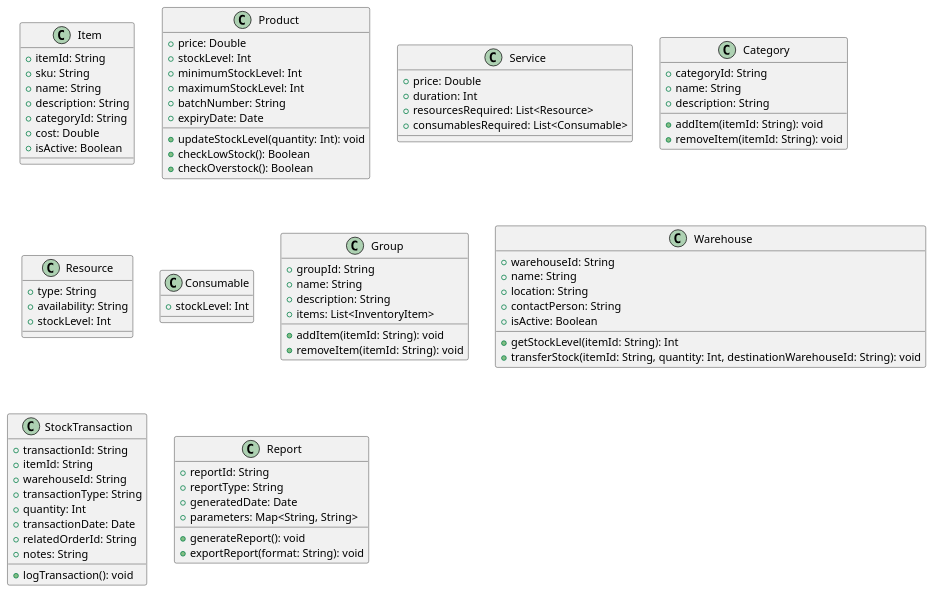
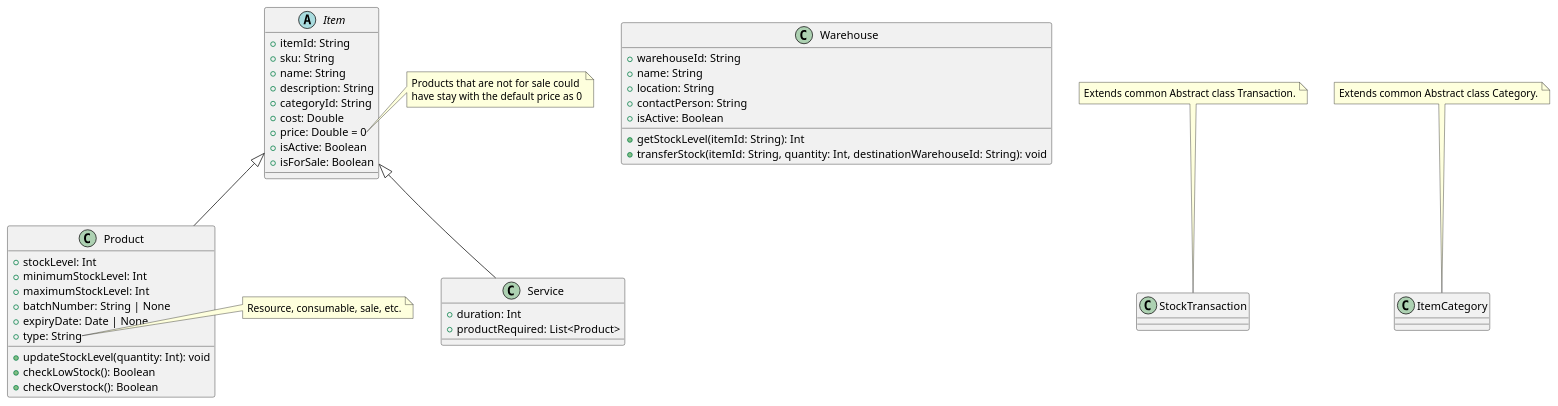
Before and after one commit to ines-erp/knowledgebase: the diagram in Diagrams/2 - Classes/Inventory and Service Management/Inventory.puml, drawn with PlantUML. The commit also changed 4 other files, not shown here.

Commit message:
Simple version of diagrams

```diff
--- a/Diagrams/2 - Classes/Inventory and Service Management/Inventory.puml
+++ b/Diagrams/2 - Classes/Inventory and Service Management/Inventory.puml
@@ -1,113 +1,60 @@
 @startuml
 
 ' Define classes
-class Item {
+abstract class Item {
   + itemId: String
   + sku: String
   + name: String
   + description: String
   + categoryId: String
   + cost: Double
+  + price: Double = 0
   + isActive: Boolean
+  + isForSale: Boolean
 }
 
-class Product {
-  + price: Double
+note right of Item::price
+    Products that are not for sale could
+    have stay with the default price as 0
+end note
+
+class Product extends Item{
   + stockLevel: Int
   + minimumStockLevel: Int
   + maximumStockLevel: Int
-  + batchNumber: String
-  + expiryDate: Date
+  + batchNumber: String | None
+  + expiryDate: Date | None
+  + type: String
   + updateStockLevel(quantity: Int): void
   + checkLowStock(): Boolean
   + checkOverstock(): Boolean
 }
 
-class Service{
-  + price: Double
+note right of Product::type
+    Resource, consumable, sale, etc.
+end note
+
+
+class Service extends Item{
   + duration: Int
-  + resourcesRequired: List<Resource>
-  + consumablesRequired: List<Consumable>
-}
-
-class Category {
-  + categoryId: String
-  + name: String
-  + description: String
-  + addItem(itemId: String): void
-  + removeItem(itemId: String): void
-}
-
-class Resource{
-  + type: String
-  + availability: String
-  + stockLevel: Int
-}
-
-class Consumable{
-  + stockLevel: Int
-}
-
-class Group {
-  + groupId: String
-  + name: String
-  + description: String
-  + items: List<InventoryItem>
-  + addItem(itemId: String): void
-  + removeItem(itemId: String): void
+  + productRequired: List<Product>
 }
 
 class Warehouse {
   + warehouseId: String
   + name: String
   + location: String
   + contactPerson: String
   + isActive: Boolean
   + getStockLevel(itemId: String): Int
   + transferStock(itemId: String, quantity: Int, destinationWarehouseId: String): void
 }
 
-class StockTransaction {
-  + transactionId: String
-  + itemId: String
-  + warehouseId: String
-  + transactionType: String
-  + quantity: Int
-  + transactionDate: Date
-  + relatedOrderId: String
-  + notes: String
-  + logTransaction(): void
-}
+class StockTransaction{}
+note top of StockTransaction : Extends common Abstract class Transaction.
 
-class Report {
-  + reportId: String
-  + reportType: String
-  + generatedDate: Date
-  + parameters: Map<String, String>
-  + generateReport(): void
-  + exportReport(format: String): void
-}
+class ItemCategory{}
+note top of ItemCategory: Extends common Abstract class Category.
 
-'' Define relationships
-'Item <|-- Product : extends <
-'Item <|-- Service : extends <
-'Item <|-- Resource : extends <
-'Item <|-- Consumable : extends <
-'
-'Item "1" --> "1" Category : belongs to >
-'Item "1" --> "0..*" Group : part of >
-'Service "1" --> "0..*" Resource : requires >
-'Service "1" --> "0..*" Consumable : requires >
-'
-'Warehouse "1..*" --> "0..*" Product : has >
-'Warehouse "1..*" --> "0..*" Consumable : has >
-'Warehouse "1..*" --> "0..*" Resource : has >
-'
-'' StockTransaction can reference any Inventory Item
-'StockTransaction "1" --> "1" Warehouse : occurs in >
-'StockTransaction "1" --> "1" Item : tracks >
-'
-'Report "1" --> "0..*" Item : based on >
-'Report "1" --> "0..*" StockTransaction : based on >
 
 @enduml
```
